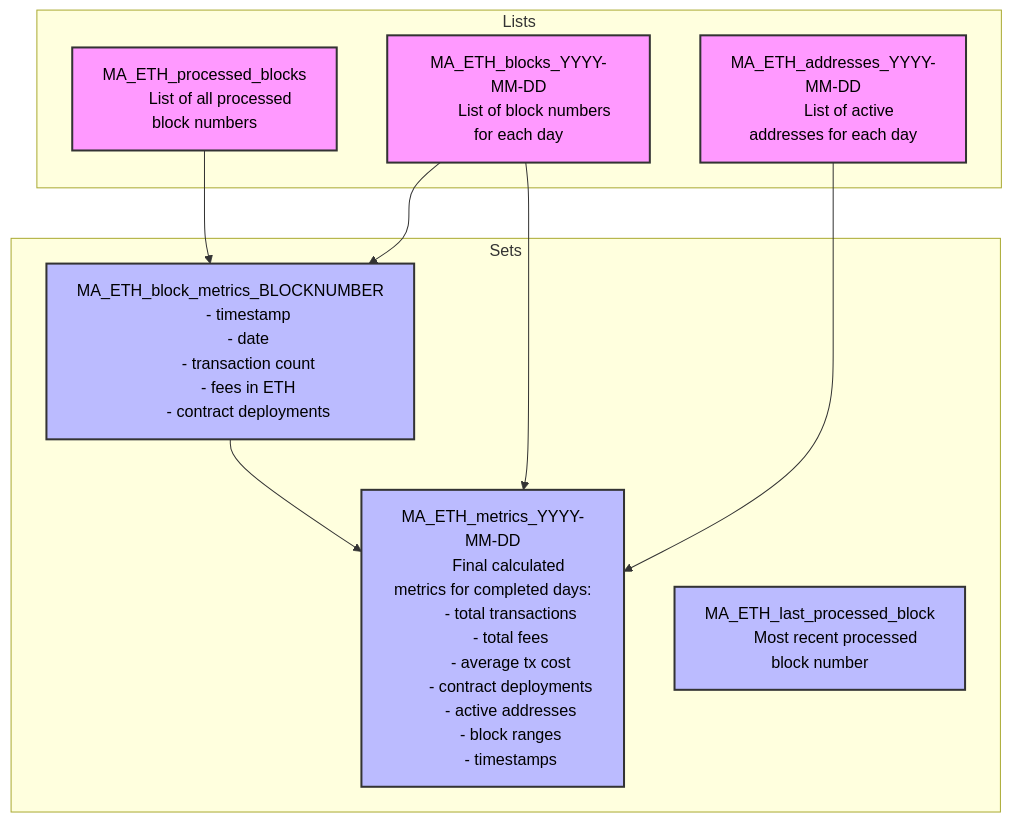
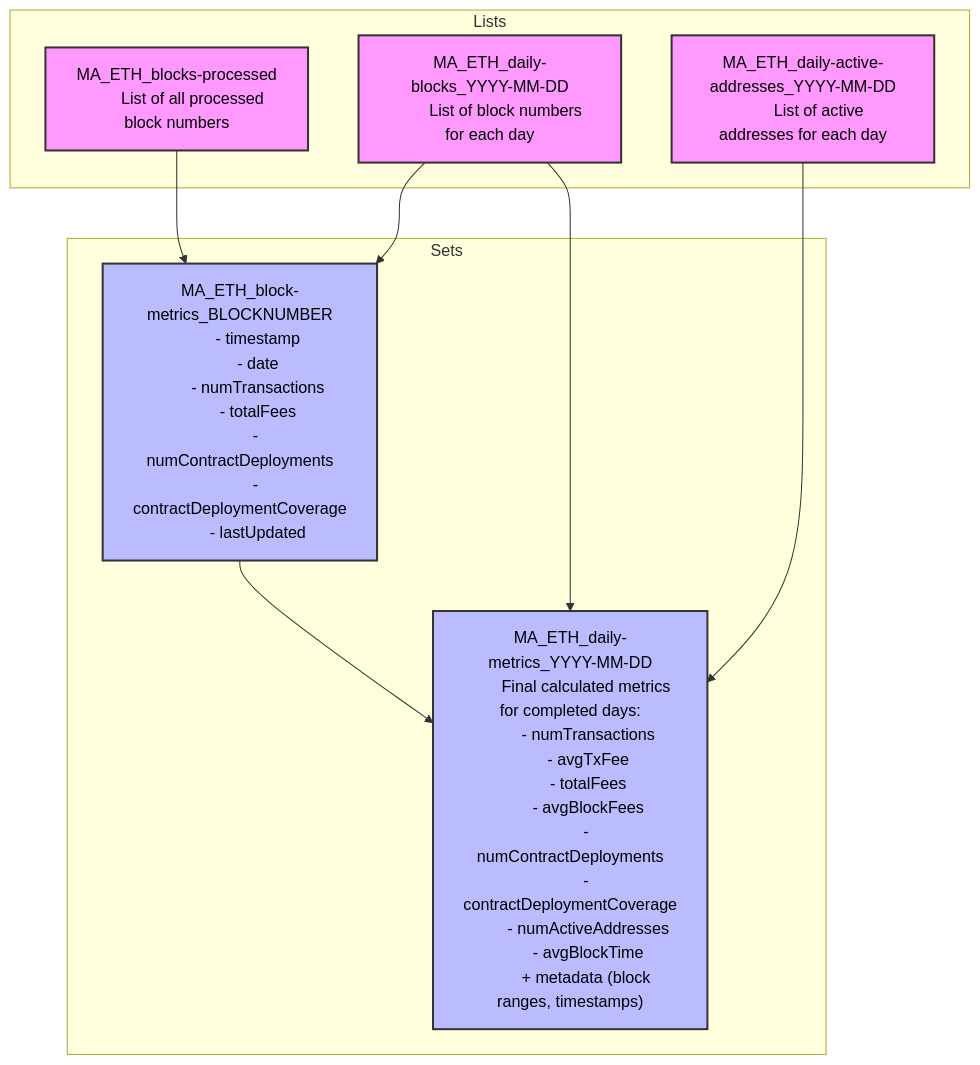
Before and after one commit to Cahl-Dee/metrics-api: the diagram in README.md, drawn with Mermaid. The commit also changed other lines of this file, not shown here.

Commit message:
updated readme based on changes made

````diff
--- a/README.md
+++ b/README.md
@@ -42,44 +46,45 @@
 ```mermaid
 flowchart TD
     subgraph Lists
-        ProcessedBlocks["MA_ETH_processed_blocks
+        ProcessedBlocks["MA_ETH_blocks-processed
         List of all processed block numbers"]:::list
 
-        DailyBlocks["MA_ETH_blocks_YYYY-MM-DD
+        DailyBlocks["MA_ETH_daily-blocks_YYYY-MM-DD
         List of block numbers for each day"]:::list
 
-        DailyAddresses["MA_ETH_addresses_YYYY-MM-DD
+        DailyAddresses["MA_ETH_daily-active-addresses_YYYY-MM-DD
         List of active addresses for each day"]:::list
     end
 
     subgraph Sets
-        BlockMetrics["MA_ETH_block_metrics_BLOCKNUMBER
+        BlockMetrics["MA_ETH_block-metrics_BLOCKNUMBER
         - timestamp
         - date
-        - transaction count
-        - fees in ETH
-        - contract deployments"]:::set
+        - numTransactions
+        - totalFees
+        - numContractDeployments
+        - contractDeploymentCoverage
+        - lastUpdated"]:::set
 
-        DailyMetrics["MA_ETH_metrics_YYYY-MM-DD
+        DailyMetrics["MA_ETH_daily-metrics_YYYY-MM-DD
         Final calculated metrics for completed days:
-        - total transactions
-        - total fees
-        - average tx cost
-        - contract deployments
-        - active addresses
-        - block ranges
-        - timestamps"]:::set
-
-        LastProcessedBlock["MA_ETH_last_processed_block
-        Most recent processed block number"]:::set
+        - numTransactions
+        - avgTxFee
+        - totalFees
+        - avgBlockFees
+        - numContractDeployments
+        - contractDeploymentCoverage
+        - numActiveAddresses
+        - avgBlockTime
+        + metadata (block ranges, timestamps)"]:::set
     end
 
     ProcessedBlocks --> BlockMetrics
     DailyBlocks --> BlockMetrics
     DailyBlocks --> DailyMetrics
     BlockMetrics --> DailyMetrics
     DailyAddresses --> DailyMetrics
 
     classDef list fill:#f9f,stroke:#333,stroke-width:2px,color:black
     classDef set fill:#bbf,stroke:#333,stroke-width:2px,color:black
 ```
````
